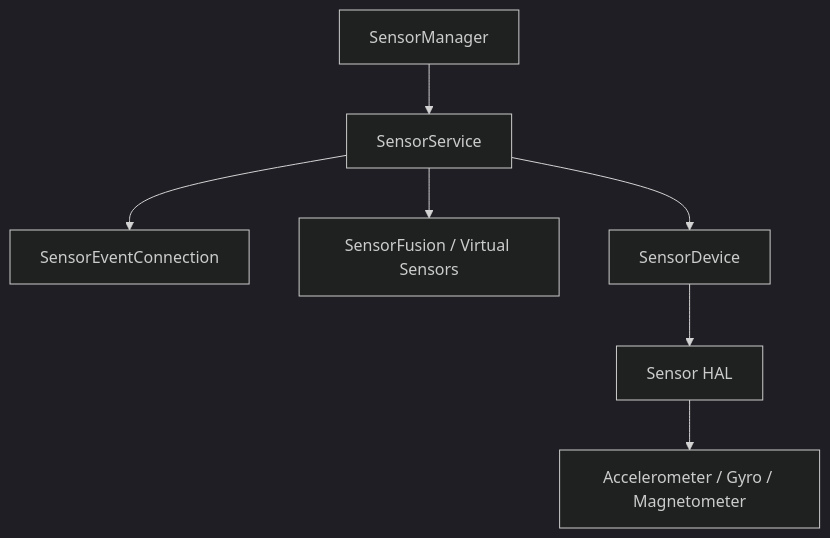
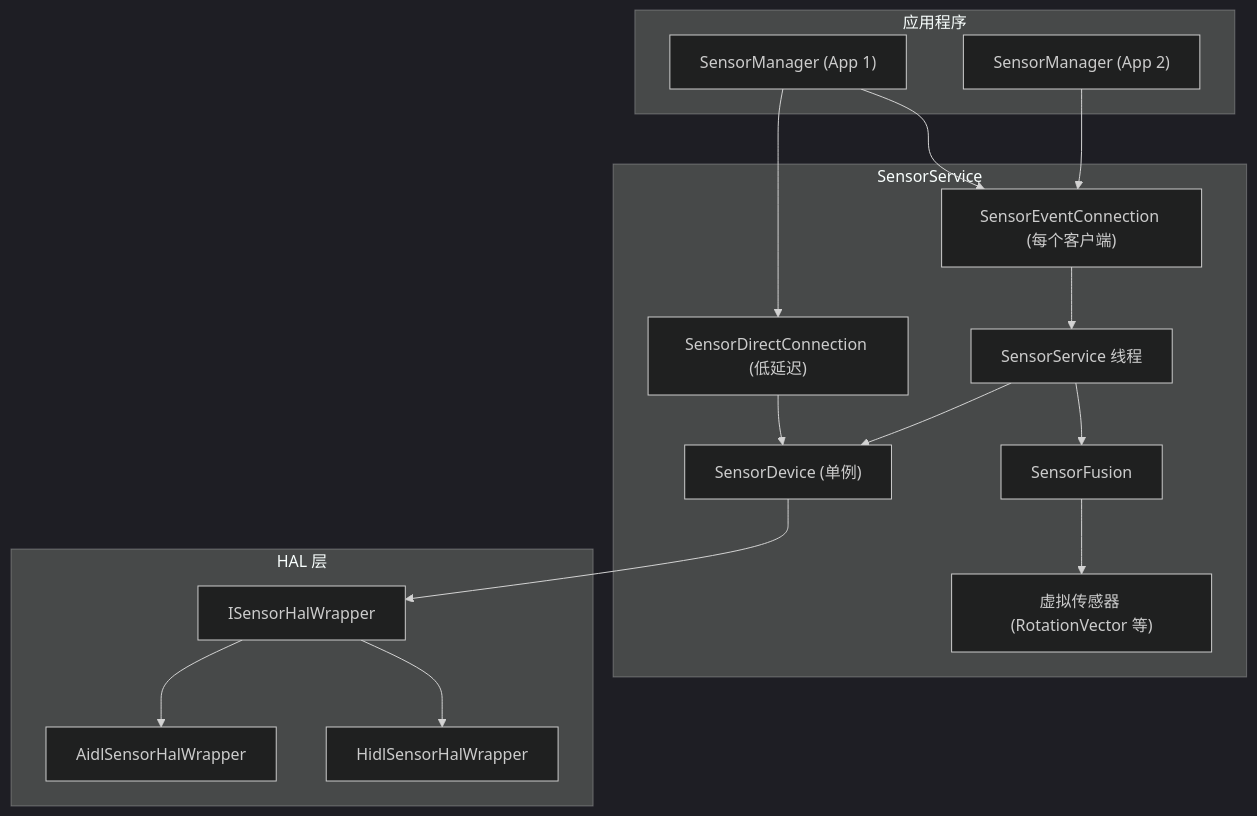
The ninth of 9 diagrams in 12-native-services-zh.md (fwrite0920/aosp-internal-book), drawn with Mermaid (dark theme) before and after one commit. The commit also changed other lines of this file and 63 other files, not shown here.

````diff
--- a/12-native-services-zh.md
+++ b/12-native-services-zh.md
@@ -929,9 +638,34 @@
 ```mermaid
-flowchart TD
-    App[SensorManager] --> SS[SensorService]
-    SS --> Conn[SensorEventConnection]
-    SS --> Fusion[SensorFusion / Virtual Sensors]
-    SS --> Device[SensorDevice]
-    Device --> HAL[Sensor HAL]
-    HAL --> HW[Accelerometer / Gyro / Magnetometer]
+graph TB
+    subgraph "应用程序"
+        SM1["SensorManager (App 1)"]
+        SM2["SensorManager (App 2)"]
+    end
+
+    subgraph "SensorService"
+        SS["SensorService 线程"]
+        SEC["SensorEventConnection (每个客户端)"]
+        SDC["SensorDirectConnection (低延迟)"]
+        SD["SensorDevice (单例)"]
+        SF[SensorFusion]
+        VS["虚拟传感器 (RotationVector 等)"]
+    end
+
+    subgraph "HAL 层"
+        HW[ISensorHalWrapper]
+        AIDL[AidlSensorHalWrapper]
+        HIDL[HidlSensorHalWrapper]
+    end
+
+    SM1 --> SEC
+    SM2 --> SEC
+    SM1 --> SDC
+    SEC --> SS
+    SDC --> SD
+    SS --> SD
+    SD --> HW
+    HW --> AIDL
+    HW --> HIDL
+    SS --> SF
+    SF --> VS
 ```
````
